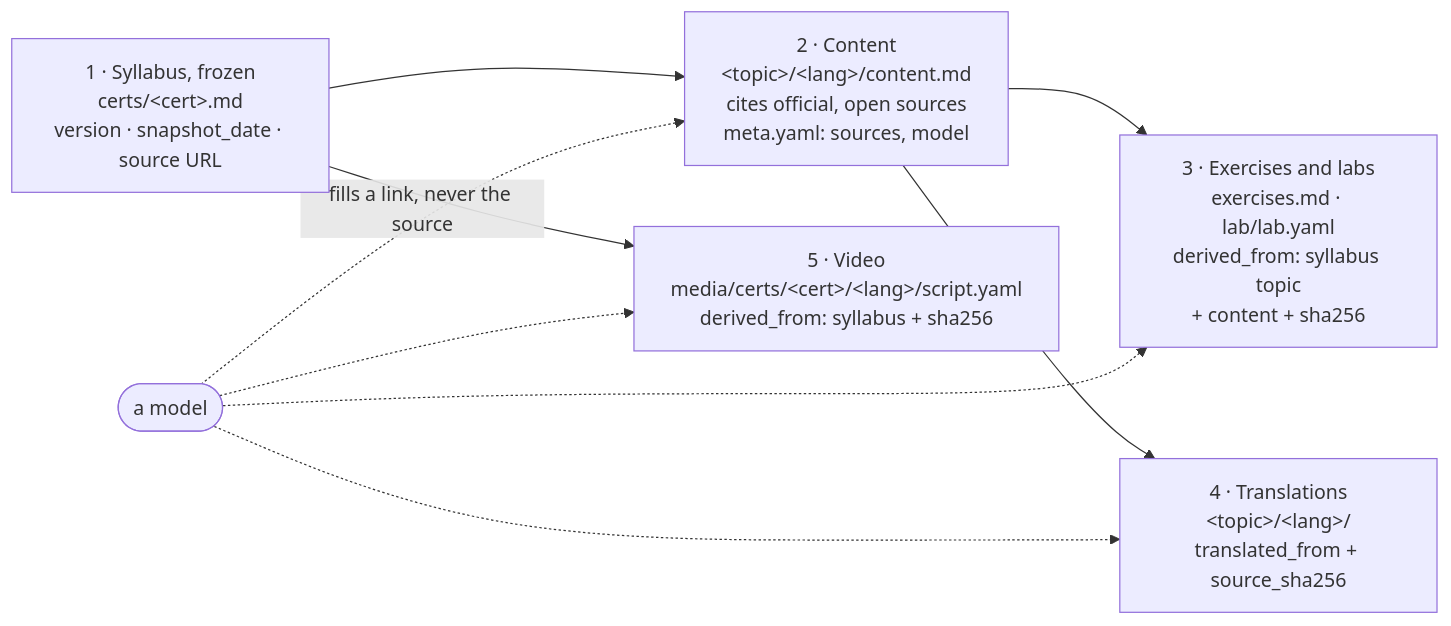
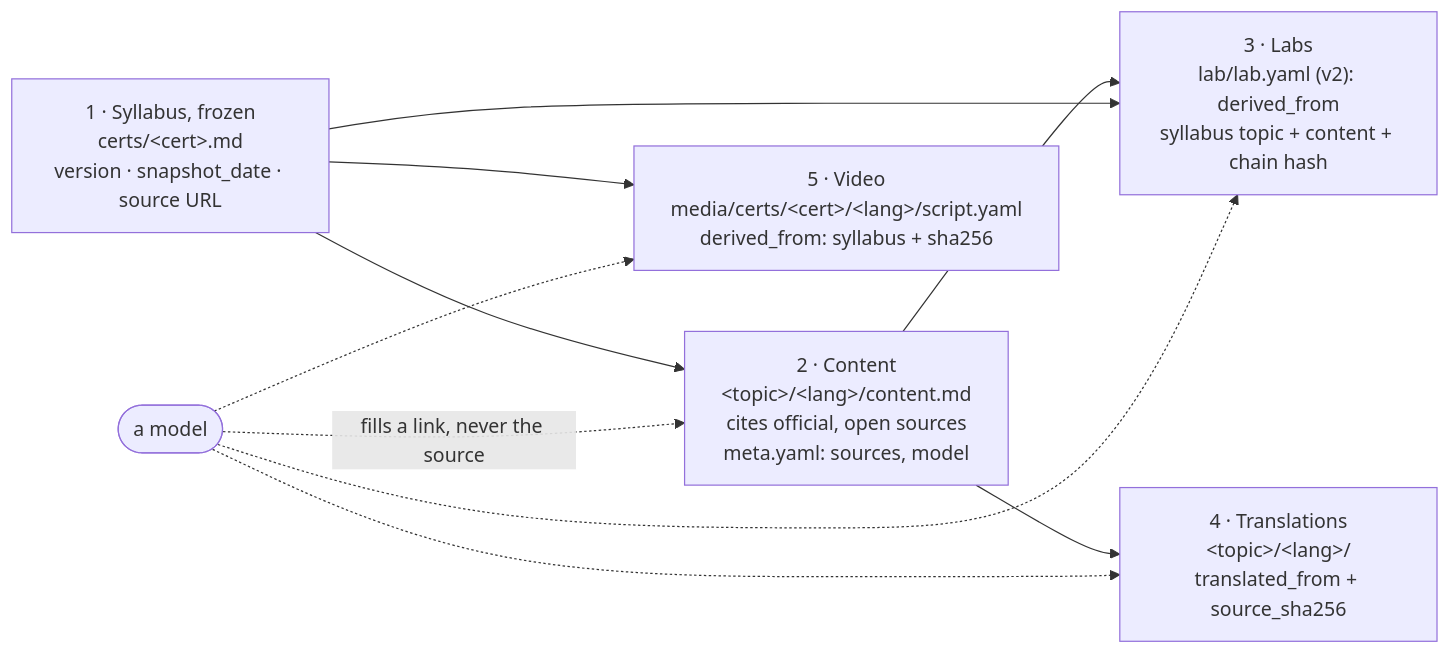
Before and after one commit to villadalmine/study-cybercirujas: the diagram in docs/PRINCIPLES.md, drawn with Mermaid. The commit also changed other lines of this file, not shown here.

Commit message:
docs(principles): link 3 is lab.yaml, and labs rest on the syllabus too
The mermaid said exercises.md carries derived_from (it does not; exercises
are part of link 2 and hashed with the content for translations) and had no
S -> L edge though derived_from.syllabus exists. Node, edge and table row
fixed.

Agent: study-author (general-purpose)
Model: claude-opus-5-5
Fixes-review: https://github.com/villadalmine/study-cybercirujas/pull/10#discussion_r4284562723
Claude-Session: https://claude.ai/code/session_01Tz1ccEqevbGRFC1imXWprj

````diff
--- a/docs/PRINCIPLES.md
+++ b/docs/PRINCIPLES.md
@@ -95,15 +95,16 @@
 ```mermaid
 flowchart LR
     S["1 · Syllabus, frozen<br/>certs/&lt;cert&gt;.md<br/>version · snapshot_date · source URL"]
     C["2 · Content<br/>&lt;topic&gt;/&lt;lang&gt;/content.md<br/>cites official, open sources<br/>meta.yaml: sources, model"]
-    L["3 · Exercises and labs<br/>exercises.md · lab/lab.yaml<br/>derived_from: syllabus topic<br/>+ content + sha256"]
+    L["3 · Labs<br/>lab/lab.yaml (v2): derived_from<br/>syllabus topic + content + chain hash"]
     T["4 · Translations<br/>&lt;topic&gt;/&lt;lang&gt;/<br/>translated_from + source_sha256"]
     V["5 · Video<br/>media/certs/&lt;cert&gt;/&lt;lang&gt;/script.yaml<br/>derived_from: syllabus + sha256"]
     S --> C --> L
+    S --> L
     C --> T
     S --> V
     AI(["a model"]) -. fills a link, never the source .-> C
     AI -.-> L
     AI -.-> T
     AI -.-> V
 ```
````
